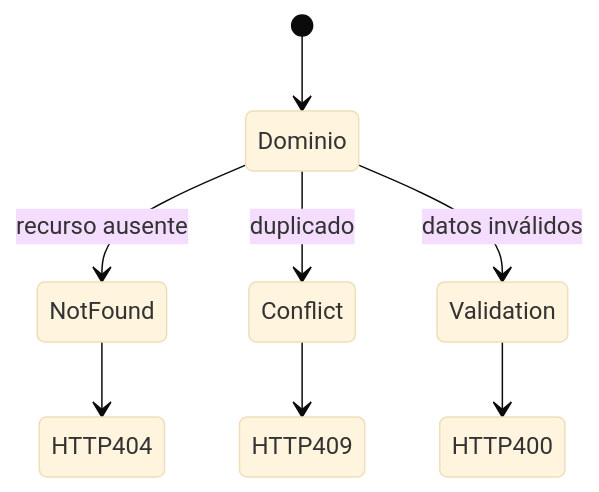
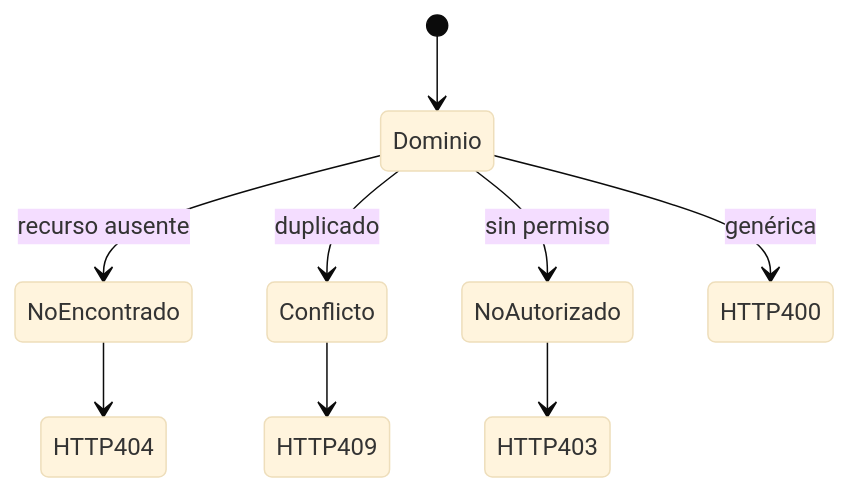
One commit to obiticadev/DAM-2025-26 changed the third of 7 diagrams in Programación/Aprendizaje autodidacta/11_APIRESTMasterclass/teoria/09_Manejo_de_Errores.md. Above: the diagram before and after it, drawn with Mermaid (base theme). The commit also changed other lines of this file and 40 other files, not shown here.

````diff
--- a/Programación/Aprendizaje autodidacta/11_APIRESTMasterclass/teoria/09_Manejo_de_Errores.md
+++ b/Programación/Aprendizaje autodidacta/11_APIRESTMasterclass/teoria/09_Manejo_de_Errores.md
@@ -37,10 +152,11 @@
 ```mermaid
 stateDiagram-v2
     [*] --> Dominio
-    Dominio --> NotFound: recurso ausente
-    Dominio --> Conflict: duplicado
-    Dominio --> Validation: datos inválidos
-    NotFound --> HTTP404
-    Conflict --> HTTP409
-    Validation --> HTTP400
+    Dominio --> NoEncontrado: recurso ausente
+    Dominio --> Conflicto: duplicado
+    Dominio --> NoAutorizado: sin permiso
+    NoEncontrado --> HTTP404
+    Conflicto --> HTTP409
+    NoAutorizado --> HTTP403
+    Dominio --> HTTP400: genérica
 ```
````
